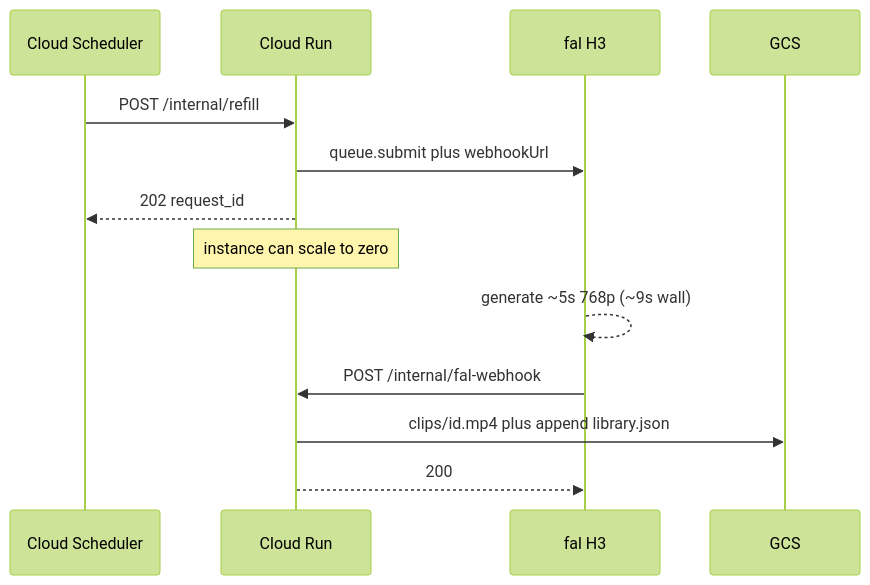
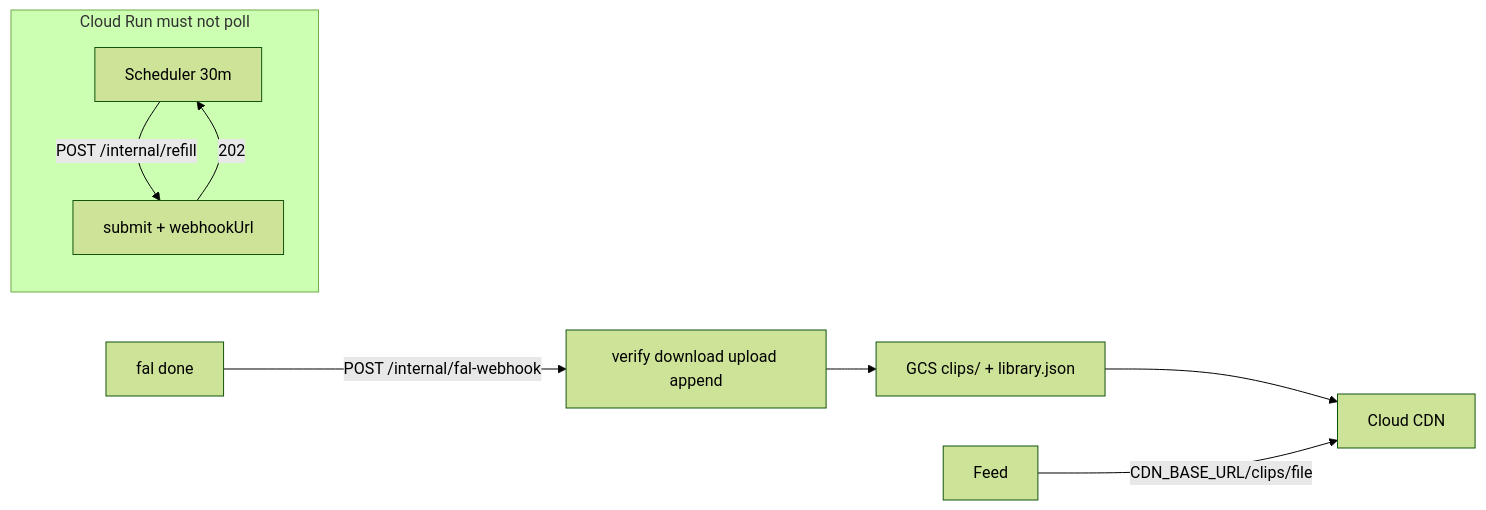
Before and after one commit to ScottMansfield/sloptok: the second of 2 diagrams in docs/architecture.md, drawn with Mermaid (forest theme). The commit also changed other lines of this file and 4 other files, not shown here.

First line of the commit message:
Package Cloud Run HTTP-only refill/webhook, CDN deploy, and architecture doc.

````diff
--- a/docs/architecture.md
+++ b/docs/architecture.md
@@ -29,15 +46,11 @@
 ```mermaid
-sequenceDiagram
-  participant S as Cloud Scheduler
-  participant R as Cloud Run
-  participant F as fal H3
-  participant G as GCS
-  S->>R: POST /internal/refill
-  R->>F: queue.submit plus webhookUrl
-  R-->>S: 202 request_id
-  Note over R: instance can scale to zero
-  F-->>F: generate ~5s 768p (~9s wall)
-  F->>R: POST /internal/fal-webhook
-  R->>G: clips/id.mp4 plus append library.json
-  R-->>F: 200
+flowchart LR
+  subgraph neverPoll [Cloud Run must not poll]
+    A[Scheduler 30m] -->|POST /internal/refill| B[submit + webhookUrl]
+    B -->|202| A
+  end
+  C[fal done] -->|POST /internal/fal-webhook| D[verify download upload append]
+  D --> E[GCS clips/ + library.json]
+  E --> F[Cloud CDN]
+  G[Feed] -->|CDN_BASE_URL/clips/file| F
 ```
````
